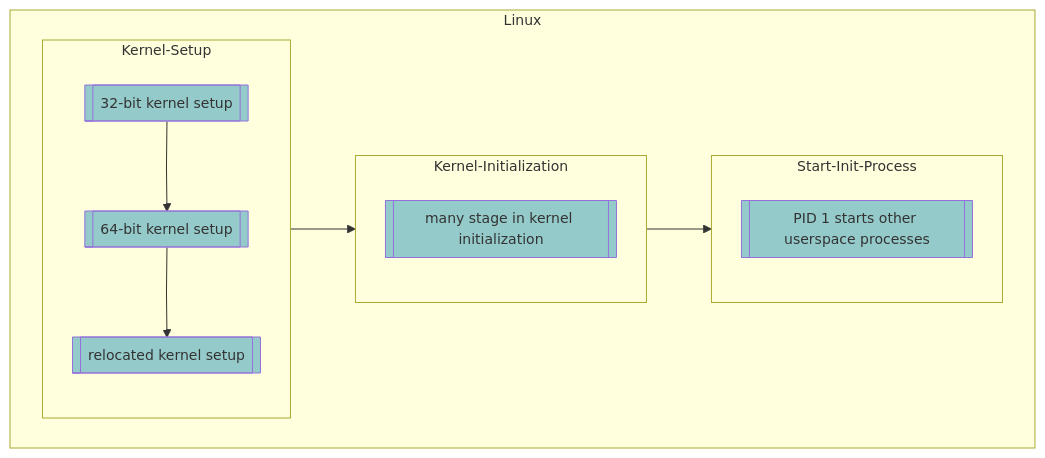
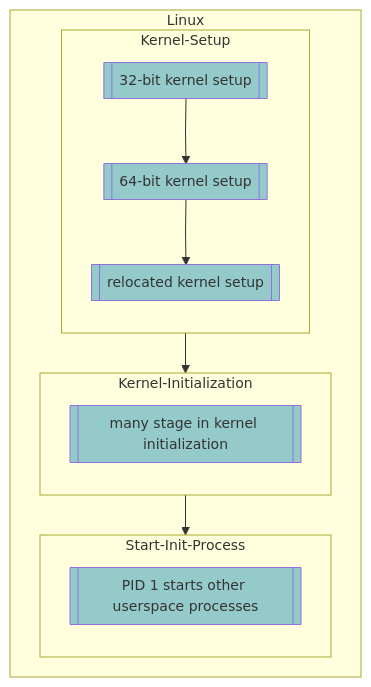
Before and after one commit to Jingyu1998/x86-64-linux-bootup: the second of 5 diagrams in README.md, drawn with Mermaid.

Commit message:
Update  Mermaid Attribute in README.md

````diff
--- a/README.md
+++ b/README.md
@@ -88,46 +88,47 @@
 ```mermaid
 %%{init: {
   'flowchart': { 
     'nodeSpacing': 40, 
-    'rankSpacing': 40,
+    'rankSpacing': 15,
     'curve': 'linear'
   },
   'themeVariables': {
     'fontSize': '14px',
     'fontFamily': 'monospace'
   }
 }}%%
 flowchart TD
     %% Define Styles
     classDef StringNode fill:#95CACA
 
     %% Subgraph 
     subgraph Linux
+        direction TB
         %% Subgraph 
         subgraph Kernel-Setup
             direction TB
             string1[["32-bit kernel setup"]]:::StringNode
             string2[["64-bit kernel setup"]]:::StringNode
             string3[["relocated kernel setup"]]:::StringNode
 
             %% Connection
             string1 --> string2 --> string3 
         end
         
         %% Subgraph 
         subgraph Kernel-Initialization
             direction TB
             string4[["many stage in kernel initialization"]]:::StringNode
         end
         
         %% Subgraph 
         subgraph Start-Init-Process
             direction TB
             string5[["PID 1 starts other userspace processes"]]:::StringNode
         end
         
         %% Connection 
         Kernel-Setup --> Kernel-Initialization 
         Kernel-Initialization --> Start-Init-Process
     end
 ```
````
